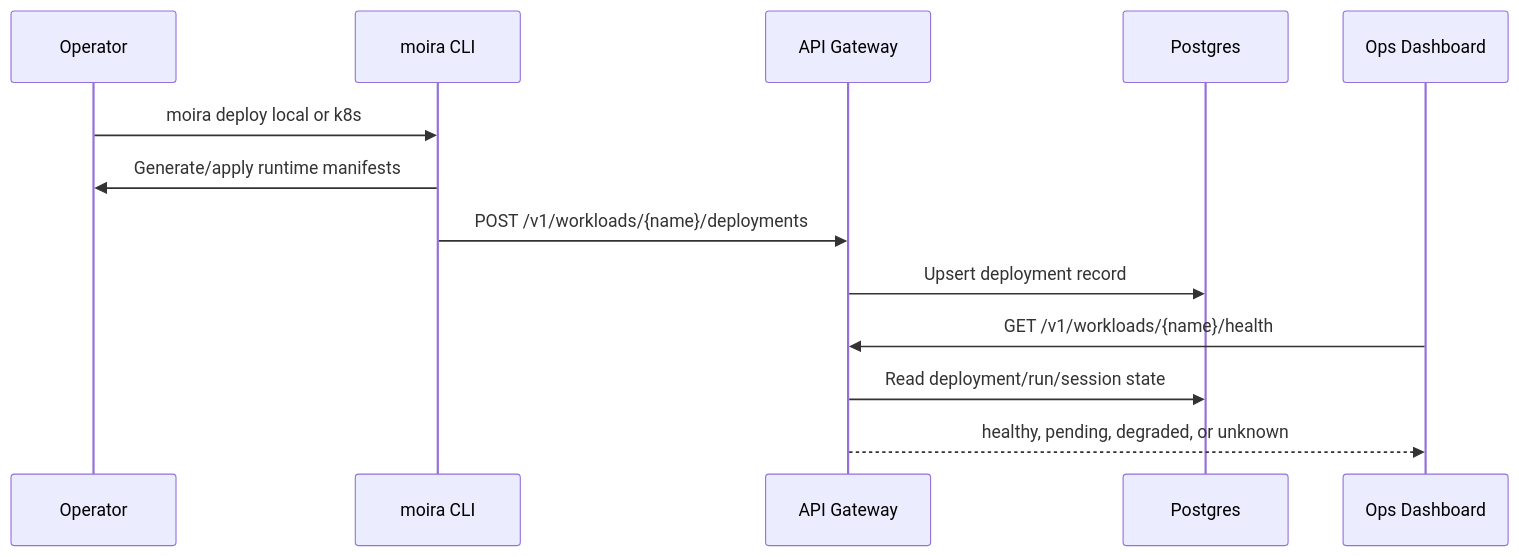
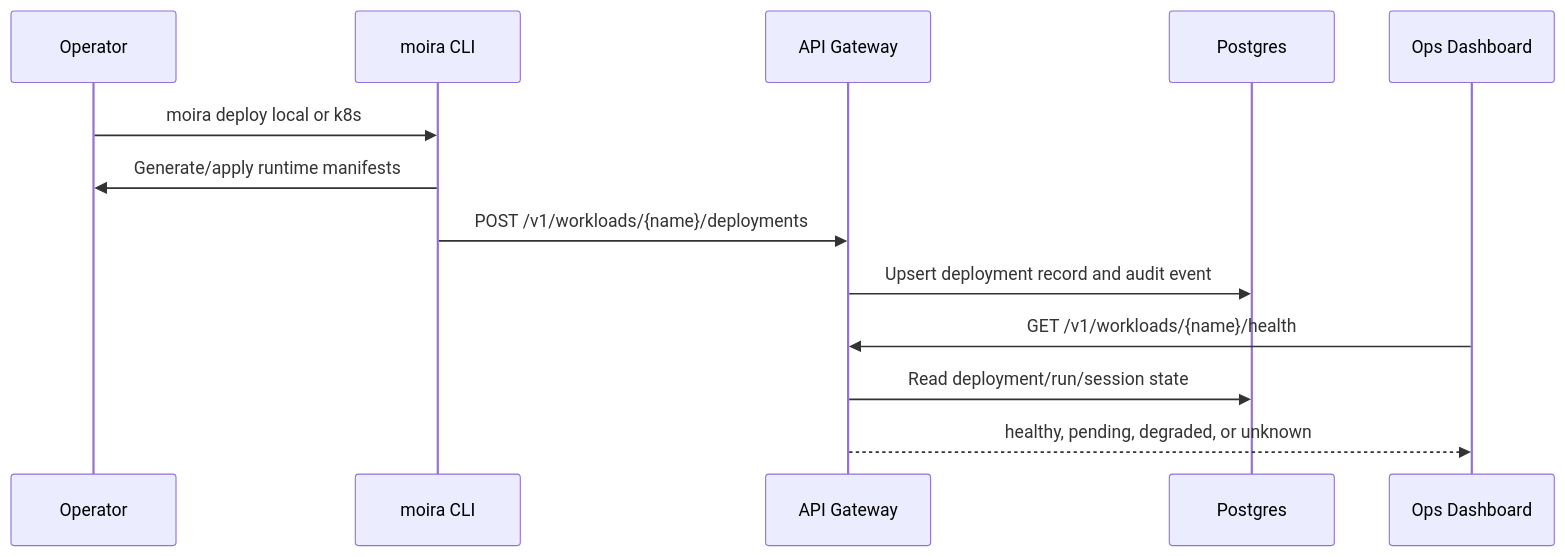
One commit to moiraweave-labs/moiraweave-docs changed the fourth of 5 diagrams in docs/agent-ops-architecture.md. Above: the diagram before and after it, drawn with Mermaid. The commit also changed other lines of this file and 3 other files, not shown here.

````diff
--- a/docs/agent-ops-architecture.md
+++ b/docs/agent-ops-architecture.md
@@ -90,16 +90,16 @@
 ```mermaid
 sequenceDiagram
   participant O as Operator
   participant CLI as moira CLI
   participant API as API Gateway
   participant DB as Postgres
   participant UI as Ops Dashboard
 
   O->>CLI: moira deploy local or k8s
   CLI->>O: Generate/apply runtime manifests
   CLI->>API: POST /v1/workloads/{name}/deployments
-  API->>DB: Upsert deployment record
+  API->>DB: Upsert deployment record and audit event
   UI->>API: GET /v1/workloads/{name}/health
   API->>DB: Read deployment/run/session state
   API-->>UI: healthy, pending, degraded, or unknown
 ```
````
